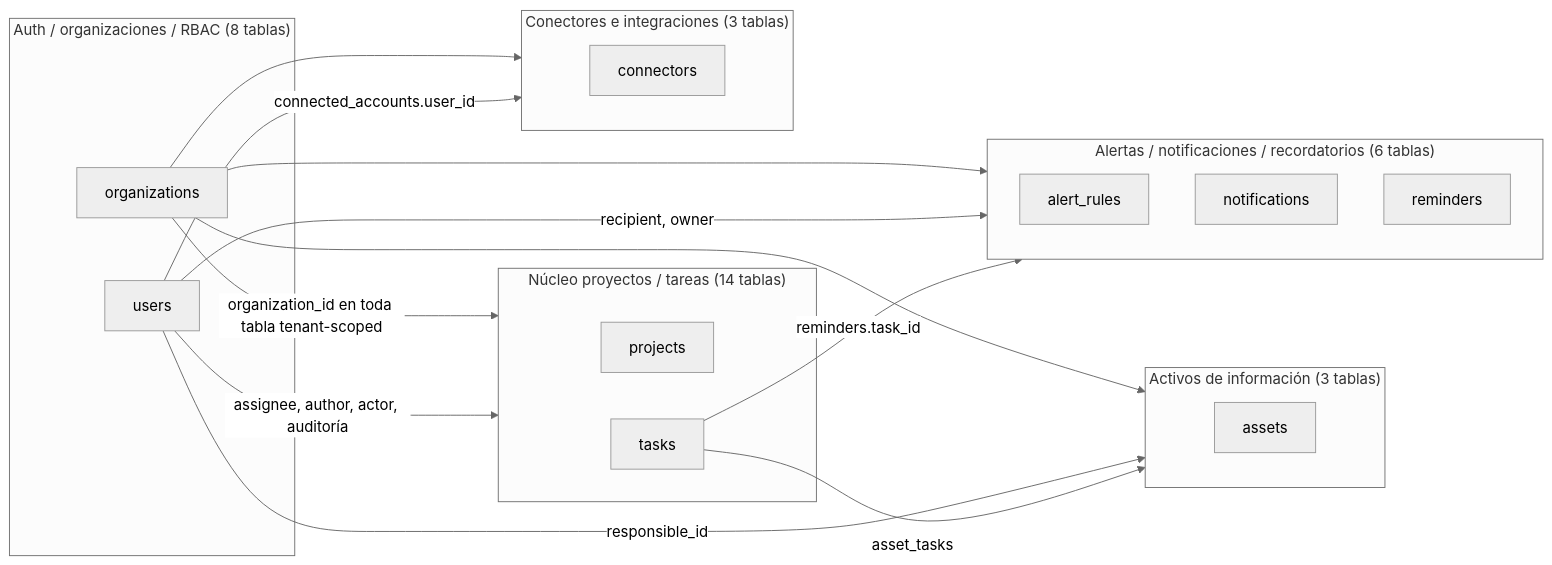
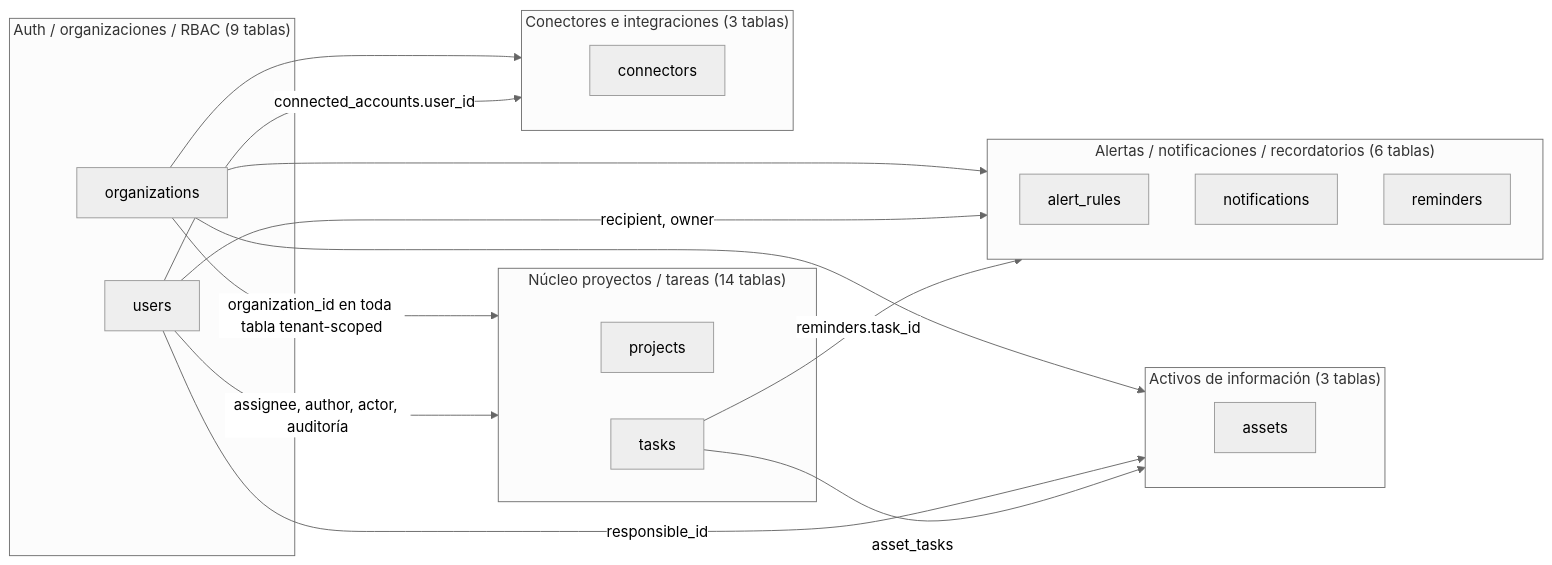
Before and after one commit to solercia-solutions/solercia-command: the first of 6 diagrams in docs/diagrams/er-model.md, drawn with Mermaid (neutral theme). The commit also changed other lines of this file and 14 other files, not shown here.

````diff
--- a/docs/diagrams/er-model.md
+++ b/docs/diagrams/er-model.md
@@ -53,37 +53,37 @@
 ```mermaid
 flowchart LR
-    subgraph AUTH["Auth / organizaciones / RBAC (8 tablas)"]
+    subgraph AUTH["Auth / organizaciones / RBAC (9 tablas)"]
         organizations
         users
     end
 
     subgraph CORE["Núcleo proyectos / tareas (14 tablas)"]
         projects
         tasks
     end
 
     subgraph ALERTS["Alertas / notificaciones / recordatorios (6 tablas)"]
         alert_rules
         notifications
         reminders
     end
 
     subgraph ASSETS["Activos de información (3 tablas)"]
         assets
     end
 
     subgraph INTEGRATIONS["Conectores e integraciones (3 tablas)"]
         connectors
     end
 
     organizations -->|"organization_id en toda tabla tenant-scoped"| CORE
     organizations --> ALERTS
     organizations --> ASSETS
     organizations --> INTEGRATIONS
     users -->|"assignee, author, actor, auditoría"| CORE
     users -->|"recipient, owner"| ALERTS
     users -->|"responsible_id"| ASSETS
     users -->|"connected_accounts.user_id"| INTEGRATIONS
     tasks -->|"reminders.task_id"| ALERTS
     tasks -->|"asset_tasks"| ASSETS
 ```
````
